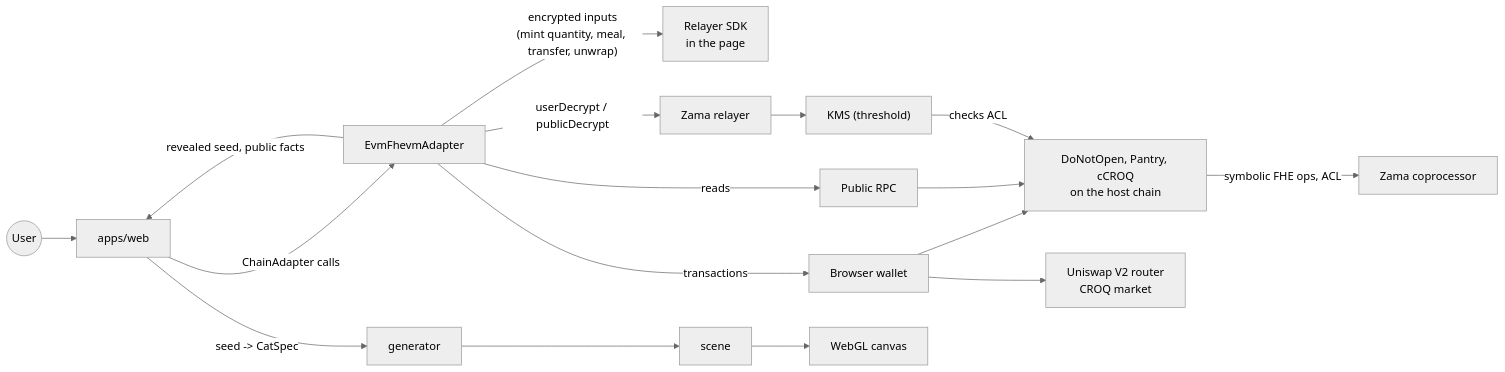
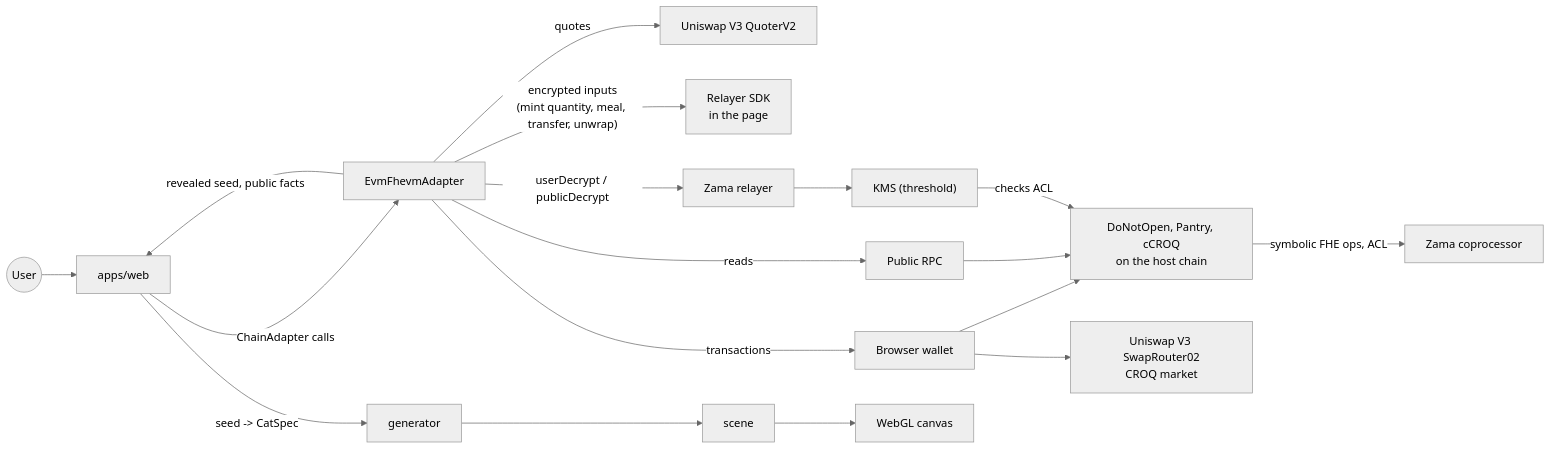
Before and after one commit to jecombe/do_not_open: the fourth of 6 diagrams in docs/ARCHITECTURE.md, drawn with Mermaid (neutral theme). The commit also changed other lines of this file and 58 other files, not shown here.

Commit message:
Open the CROQ market as a CROQ-only Uniswap V3 position locked for good, and redeploy the collection on Sepolia

````diff
--- a/docs/ARCHITECTURE.md
+++ b/docs/ARCHITECTURE.md
@@ -88,14 +89,15 @@
 ```mermaid
 flowchart LR
   user((User)) --> web["apps/web"]
   web -- "ChainAdapter calls" --> adapter["EvmFhevmAdapter"]
   adapter -- "transactions" --> wallet["Browser wallet"] --> chain["DoNotOpen, Pantry, cCROQ<br/>on the host chain"]
-  wallet --> uni["Uniswap V2 router<br/>CROQ market"]
+  wallet --> uni["Uniswap V3 SwapRouter02<br/>CROQ market"]
+  adapter -- "quotes" --> quoter["Uniswap V3 QuoterV2"]
   adapter -- "encrypted inputs<br/>(mint quantity, meal, transfer, unwrap)" --> sdk["Relayer SDK<br/>in the page"]
   adapter -- "reads" --> rpc["Public RPC"] --> chain
   chain -- "symbolic FHE ops, ACL" --> copro["Zama coprocessor"]
   adapter -- "userDecrypt / publicDecrypt" --> relayer["Zama relayer"] --> kms["KMS (threshold)"]
   kms -- "checks ACL" --> chain
   adapter -- "revealed seed, public facts" --> web
   web -- "seed -> CatSpec" --> gen["generator"] --> scene["scene"] --> canvas["WebGL canvas"]
 ```
````
